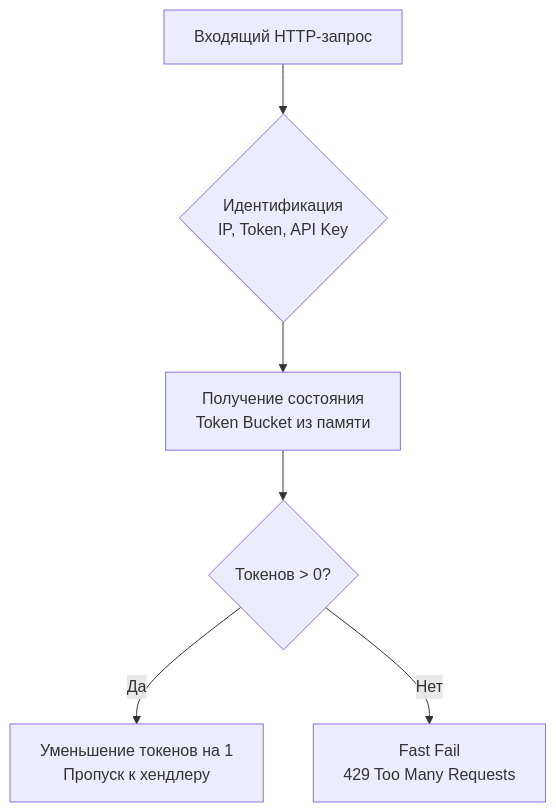
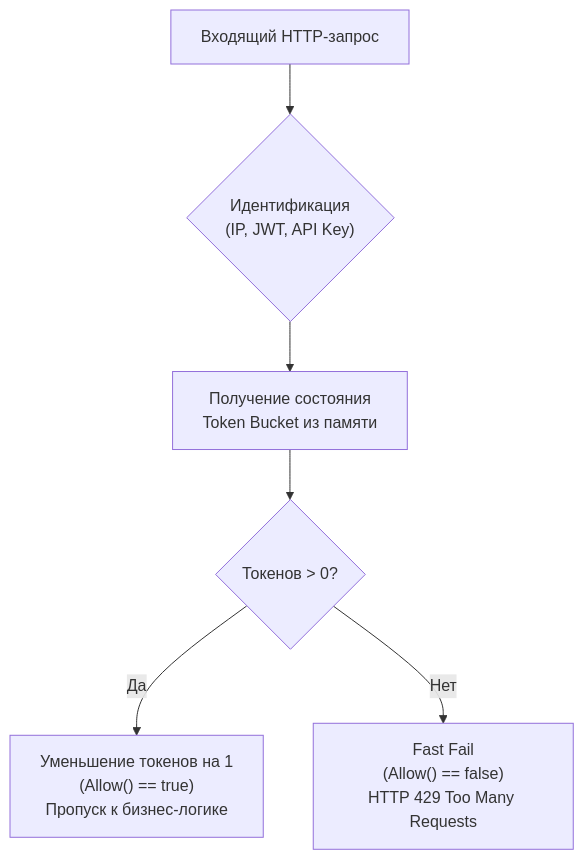
One commit to UnrealTemplier/go-textbook changed the second of 4 diagrams in sources/14. Распределенные системы на Go/06. Сеть/6. Rate limiting.md. Above: the diagram before and after it, drawn with Mermaid. The commit also changed other lines of this file, not shown here.

````diff
--- a/sources/14. Распределенные системы на Go/06. Сеть/6. Rate limiting.md
+++ b/sources/14. Распределенные системы на Go/06. Сеть/6. Rate limiting.md
@@ -36,9 +53,9 @@
 ```mermaid
 flowchart TD
-    Req["Входящий HTTP-запрос"] --> ID{"Идентификация<br>IP, Token, API Key"}
+    Req["Входящий HTTP-запрос"] --> ID{"Идентификация<br>(IP, JWT, API Key)"}
     ID --> Fetch["Получение состояния<br>Token Bucket из памяти"]
     Fetch --> Check{"Токенов > 0?"}
     
-    Check -->|Да| Allow["Уменьшение токенов на 1<br>Пропуск к хендлеру"]
-    Check -->|Нет| Deny["Fast Fail<br>429 Too Many Requests"]
+    Check -->|Да| Allow["Уменьшение токенов на 1<br>(Allow() == true)<br>Пропуск к бизнес-логике"]
+    Check -->|Нет| Deny["Fast Fail<br>(Allow() == false)<br>HTTP 429 Too Many Requests"]
 ```
````
